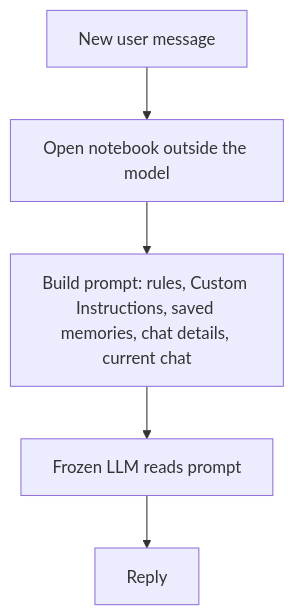
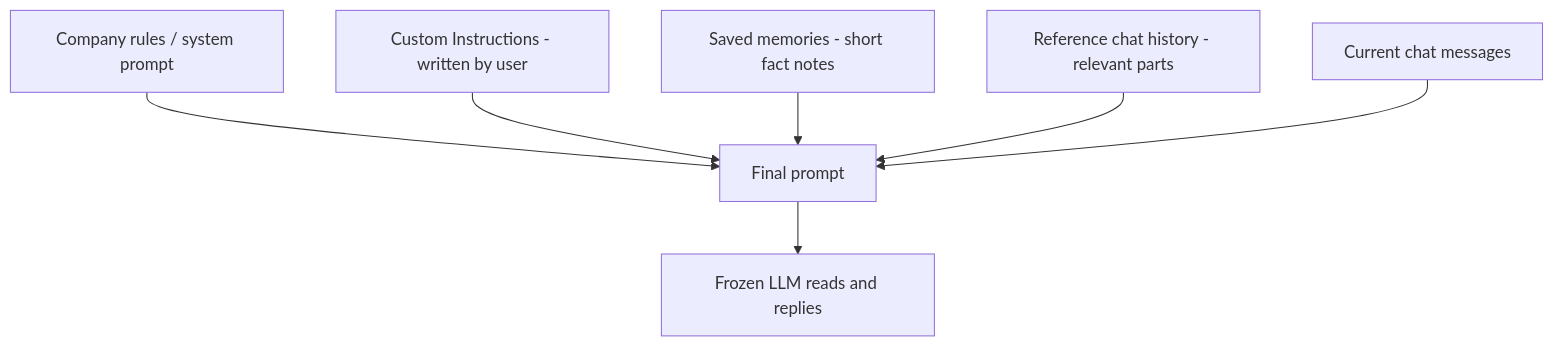
Before and after one commit to kaisarnajar/outcome-school-blogs: the second of 2 diagrams in notes/step-10-ai-agents-and-agentic-systems/126-how-does-chatgpt-remember-you.md, drawn with Mermaid. The commit also changed other lines of this file and 233 other files, not shown here.

````diff
--- a/notes/step-10-ai-agents-and-agentic-systems/126-how-does-chatgpt-remember-you.md
+++ b/notes/step-10-ai-agents-and-agentic-systems/126-how-does-chatgpt-remember-you.md
@@ -50,7 +77,9 @@
 ```mermaid
 flowchart TD
-    M["New user message"] --> N["Open notebook outside the model"]
-    N --> P["Build prompt: rules, Custom Instructions, saved memories, chat details, current chat"]
-    P --> L["Frozen LLM reads prompt"]
-    L --> R["Reply"]
+    A["Company rules / system prompt"] --> P["Final prompt"]
+    B["Custom Instructions - written by user"] --> P
+    C["Saved memories - short fact notes"] --> P
+    D["Reference chat history - relevant parts"] --> P
+    E["Current chat messages"] --> P
+    P --> L["Frozen LLM reads and replies"]
 ```
````
